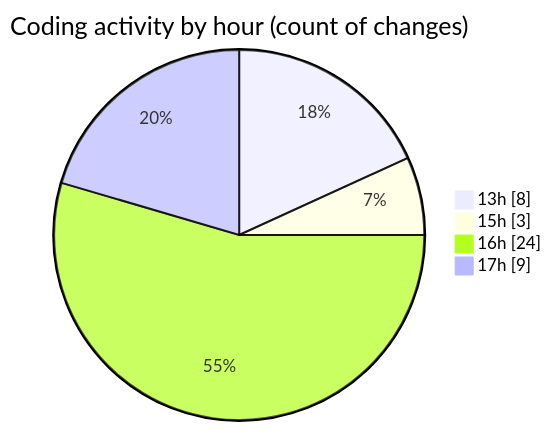
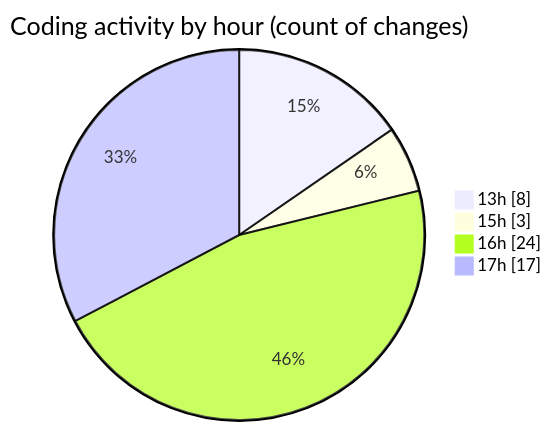
One commit to nxtqubesakshisongat/code-tracking changed the second of 2 diagrams in 2025-08-01/nxtqube_webapp/README.md. Above: the diagram before and after it, drawn with Mermaid. The commit also changed other lines of this file and 1 other file, not shown here.

````diff
--- a/2025-08-01/nxtqube_webapp/README.md
+++ b/2025-08-01/nxtqube_webapp/README.md
@@ -37,8 +39,8 @@
 ```mermaid
 pie showData
 title Coding activity by hour (count of changes)
 "13h" : 8
 "15h" : 3
 "16h" : 24
-"17h" : 9
+"17h" : 17
 ```
````
